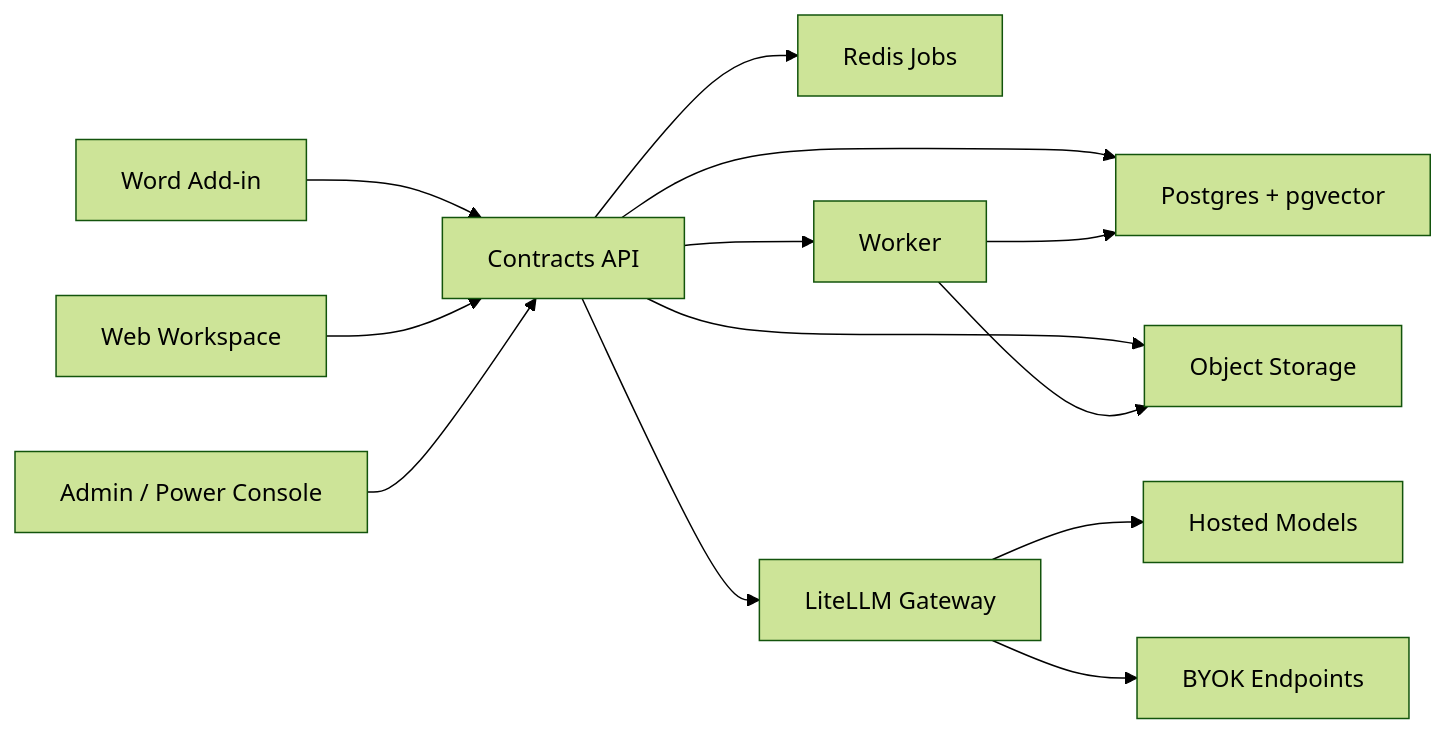
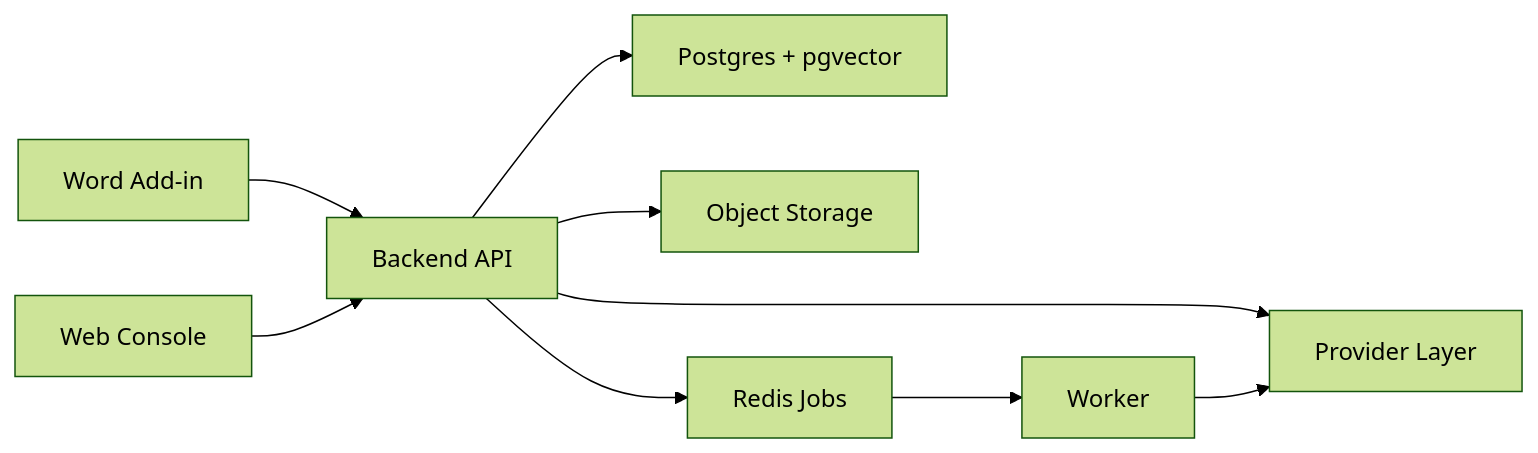
Before and after one commit to katatatrielle/skua-legal: the diagram in docs/specs/open-contracts-engineering-spec.md, drawn with Mermaid (forest theme). The commit also changed other lines of this file and 20 other files, not shown here.

````diff
--- a/docs/specs/open-contracts-engineering-spec.md
+++ b/docs/specs/open-contracts-engineering-spec.md
@@ -112,15 +120,11 @@
 ```mermaid
 flowchart LR
-    A["Word Add-in"] --> B["Contracts API"]
-    C["Web Workspace"] --> B
-    D["Admin / Power Console"] --> B
-    B --> E["Postgres + pgvector"]
-    B --> F["Object Storage"]
-    B --> G["Redis Jobs"]
-    B --> H["Worker"]
-    H --> E
-    H --> F
-    B --> I["LiteLLM Gateway"]
-    I --> J["Hosted Models"]
-    I --> K["BYOK Endpoints"]
+    A["Word Add-in"] --> B["Backend API"]
+    C["Web Console"] --> B
+    B --> D["Postgres + pgvector"]
+    B --> E["Object Storage"]
+    B --> F["Redis Jobs"]
+    F --> G["Worker"]
+    B --> H["Provider Layer"]
+    G --> H
 ```
````
